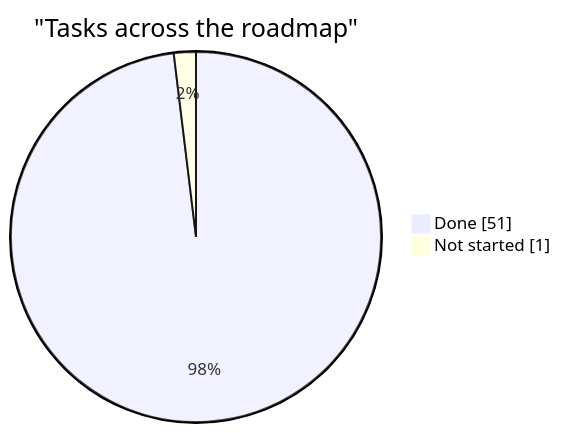
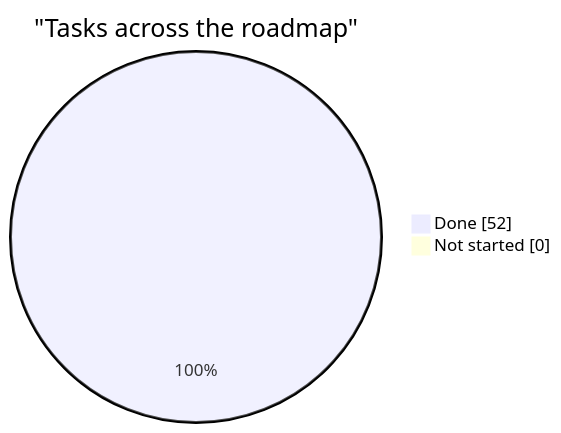
Before and after one commit to AdamClemens/PyFlow: the diagram in docs/planning/status.md, drawn with Mermaid. The commit also changed other lines of this file and 11 other files, not shown here.

````diff
--- a/docs/planning/status.md
+++ b/docs/planning/status.md
@@ -23,6 +23,6 @@
 ```mermaid
 pie showData
     title "Tasks across the roadmap"
-    "Done" : 51
-    "Not started" : 1
+    "Done" : 52
+    "Not started" : 0
 ```
````
